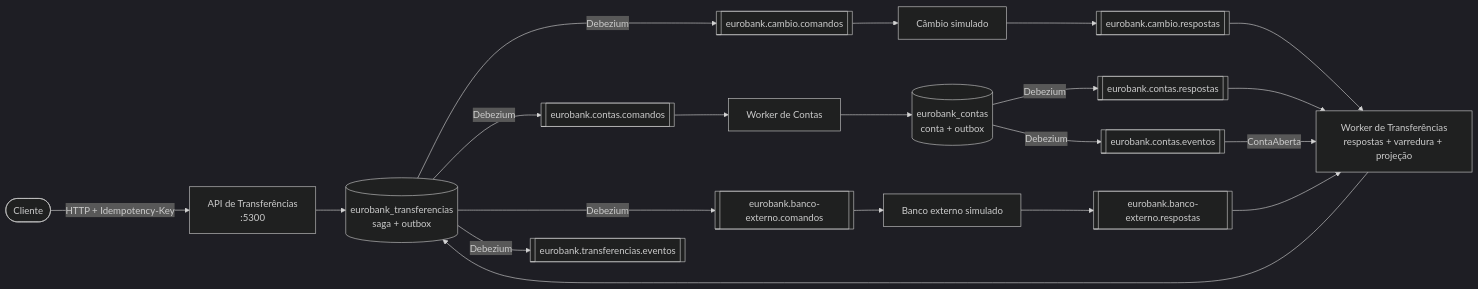
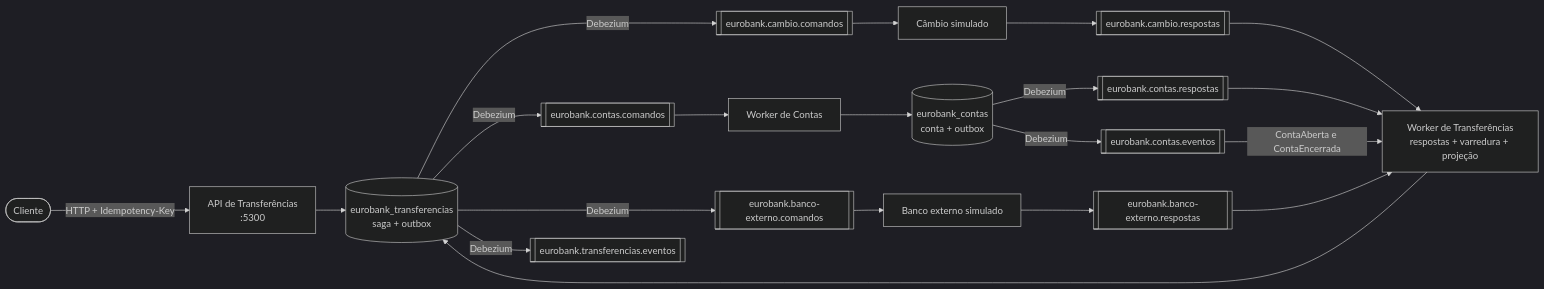
Before and after one commit to net0well/EuroBank: the third of 3 diagrams in README.md, drawn with Mermaid (dark theme). The commit also changed other lines of this file and 1 other file, not shown here.

````diff
--- a/README.md
+++ b/README.md
@@ -254,22 +307,22 @@
 ```mermaid
 flowchart LR
     cliente([Cliente]) -->|HTTP + Idempotency-Key| tapi[API de Transferências<br/>:5300]
     tapi --> pgt[(eurobank_transferencias<br/>saga + outbox)]
     tworker[Worker de Transferências<br/>respostas + varredura + projeção] --> pgt
     pgt -->|Debezium| xc[[eurobank.cambio.comandos]]
     pgt -->|Debezium| cc[[eurobank.contas.comandos]]
     pgt -->|Debezium| bc[[eurobank.banco-externo.comandos]]
     pgt -->|Debezium| te[[eurobank.transferencias.eventos]]
     xc --> cambio[Câmbio simulado]
     cambio --> xr[[eurobank.cambio.respostas]]
     cc --> cworker[Worker de Contas]
     cworker --> pgc[(eurobank_contas<br/>conta + outbox)]
     pgc -->|Debezium| cr[[eurobank.contas.respostas]]
     pgc -->|Debezium| ce[[eurobank.contas.eventos]]
     bc --> banco[Banco externo simulado]
     banco --> br[[eurobank.banco-externo.respostas]]
     xr --> tworker
     cr --> tworker
     br --> tworker
-    ce -->|ContaAberta| tworker
+    ce -->|ContaAberta e ContaEncerrada| tworker
 ```
````
